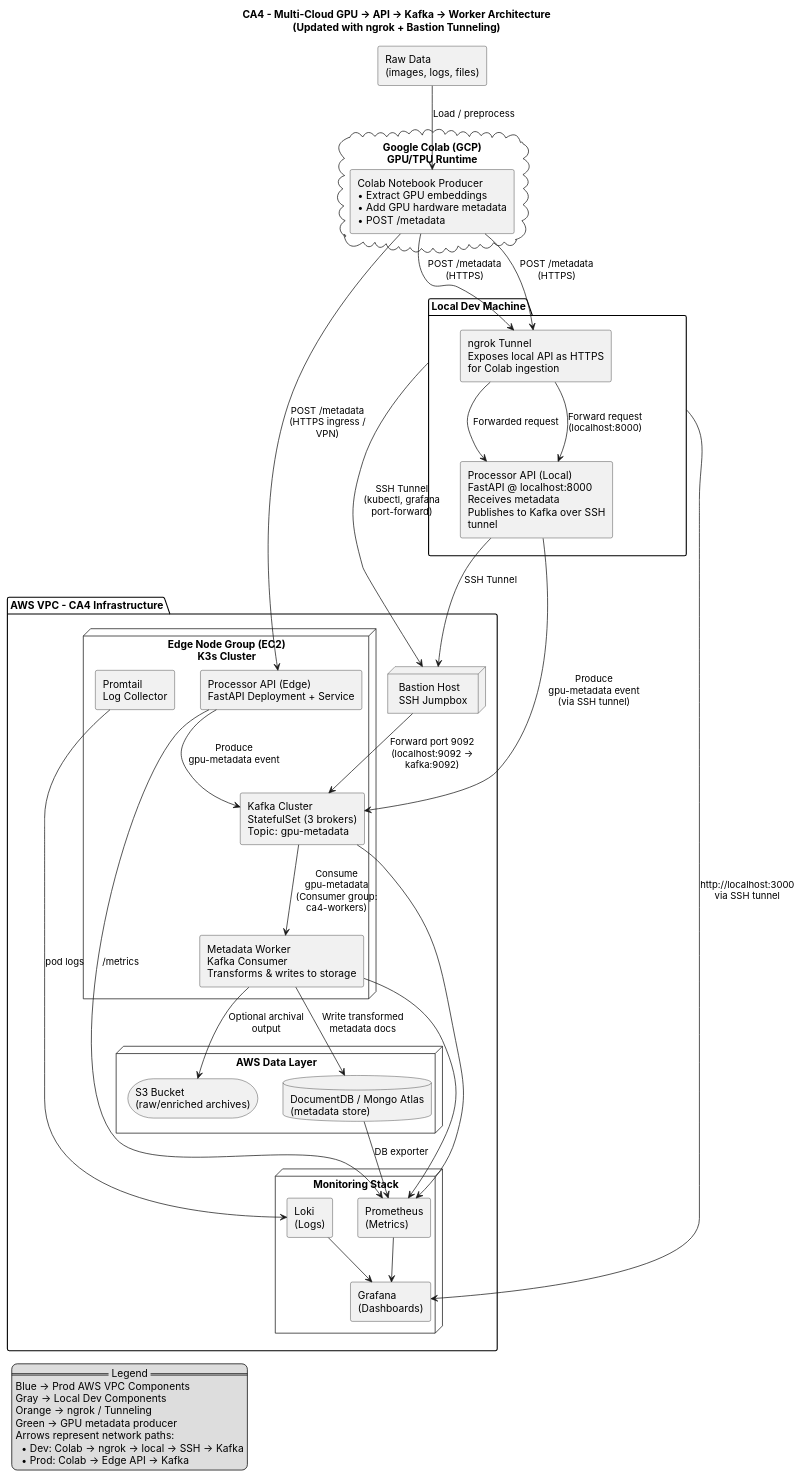
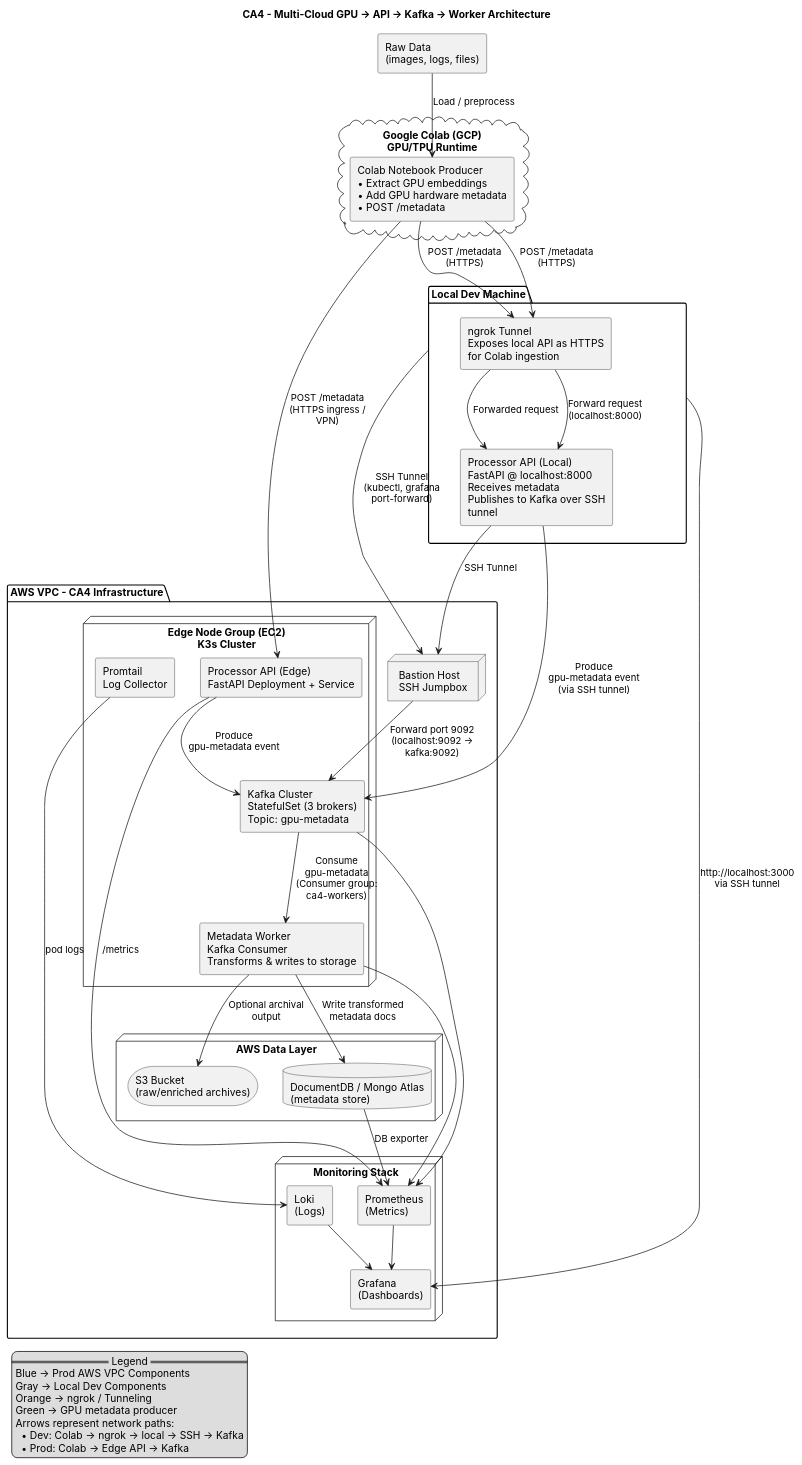
Before and after one commit to brobro10000/gpu-token-analytics-pipeline: the diagram in CA4/diagrams/architecture.puml, drawn with PlantUML. The commit also changed 45 other files, not shown here.

```diff
--- a/CA4/diagrams/architecture.puml
+++ b/CA4/diagrams/architecture.puml
@@ -1,124 +1,124 @@
 @startuml CA4_Updated_Architecture
 skinparam shadowing false
 skinparam componentStyle rectangle
 skinparam defaultFontName Inter
 skinparam wrapWidth 220
 skinparam maxMessageSize 140
 
-title CA4 – Multi-Cloud GPU → API → Kafka → Worker Architecture\n(Updated with ngrok + Bastion Tunneling)
+title CA4 – Multi-Cloud GPU → API → Kafka → Worker Architecture
 
 ' ==========================================================
 ' GOOGLE COLAB (GCP) – GPU METADATA PRODUCER
 ' ==========================================================
 cloud "Google Colab (GCP)\nGPU/TPU Runtime" as COLAB {
   component "Colab Notebook Producer\n• Extract GPU embeddings\n• Add GPU hardware metadata\n• POST /metadata" as PRODUCER
 }
 
 rectangle "Raw Data\n(images, logs, files)" as RAW
 RAW --> PRODUCER : Load / preprocess
 
 ' ==========================================================
 ' LOCAL DEVELOPMENT ENVIRONMENT
 ' ==========================================================
 package "Local Dev Machine" as DEV {
 
   component "Processor API (Local)\nFastAPI @ localhost:8000\nReceives metadata\nPublishes to Kafka over SSH tunnel" as PROC_LOCAL
 
   component "ngrok Tunnel\nExposes local API as HTTPS\nfor Colab ingestion" as NGROK
 
   PRODUCER --> NGROK : POST /metadata\n(HTTPS)
   NGROK --> PROC_LOCAL : Forward request\n(localhost:8000)
 }
 
 ' ==========================================================
 ' AWS VPC (PRODUCTION + DEV TUNNEL TARGET)
 ' ==========================================================
 package "AWS VPC – CA4 Infrastructure" as AWS {
 
   node "Bastion Host\nSSH Jumpbox" as BASTION
 
   ' ------------------------
   ' EDGE K3s CLUSTER (PROD)
   ' ------------------------
   node "Edge Node Group (EC2)\nK3s Cluster" as K3S {
 
     component "Processor API (Edge)\nFastAPI Deployment + Service" as PROC_EDGE
 
     component "Kafka Cluster\nStatefulSet (3 brokers)\nTopic: gpu-metadata" as KAFKA
 
     component "Metadata Worker\nKafka Consumer\nTransforms & writes to storage" as WORKER
 
     component "Promtail\nLog Collector" as PROMTAIL
   }
 
   ' ------------------------
   ' DATA SERVICES
   ' ------------------------
   node "AWS Data Layer" as DATALAYER {
     database "DocumentDB / Mongo Atlas\n(metadata store)" as DB
     storage "S3 Bucket\n(raw/enriched archives)" as S3
   }
 
   ' ------------------------
   ' OBSERVABILITY
   ' ------------------------
   node "Monitoring Stack" as MON {
       component "Prometheus\n(Metrics)" as PROM
       component "Loki\n(Logs)" as LOKI
       component "Grafana\n(Dashboards)" as GRAFANA
   }
 }
 
 ' ==========================================================
 ' DATA FLOW + CONNECTIVITY
 ' ==========================================================
 
 ' --- DEV FLOW: COLAB → NGROK → LOCAL API → KAFKA VIA SSH ---
 PRODUCER --> NGROK : POST /metadata (HTTPS)
 NGROK --> PROC_LOCAL : Forwarded request
 
 PROC_LOCAL --> BASTION : SSH Tunnel
 BASTION --> KAFKA : Forward port 9092\n(localhost:9092 → kafka:9092)
 
 PROC_LOCAL --> KAFKA : Produce gpu-metadata event\n(via SSH tunnel)
 
 ' --- PROD FLOW: COLAB → EDGE API DIRECTLY ---
 PRODUCER --> PROC_EDGE : POST /metadata (HTTPS ingress / VPN)
 
 ' --- COMMON PIPELINE ---
 PROC_EDGE --> KAFKA : Produce gpu-metadata event
 
 KAFKA --> WORKER : Consume gpu-metadata\n(Consumer group: ca4-workers)
 
 WORKER --> DB : Write transformed metadata docs
 WORKER --> S3 : Optional archival output
 
 ' --- OBSERVABILITY ---
 PROC_EDGE --> PROM : /metrics
 WORKER --> PROM
 KAFKA --> PROM
 DB --> PROM : DB exporter
 
 PROMTAIL --> LOKI : pod logs
 LOKI --> GRAFANA
 PROM --> GRAFANA
 
 ' --- DEV OBSERVABILITY ACCESS ---
 DEV --> BASTION : SSH Tunnel\n(kubectl, grafana port-forward)
 DEV --> GRAFANA : http://localhost:3000\nvia SSH tunnel
 
 ' ==========================================================
 ' LEGEND
 ' ==========================================================
 legend left
   == Legend ==
   Blue → Prod AWS VPC Components
   Gray → Local Dev Components
   Orange → ngrok / Tunneling
   Green → GPU metadata producer
   Arrows represent network paths:
     • Dev: Colab → ngrok → local → SSH → Kafka
     • Prod: Colab → Edge API → Kafka
 endlegend
 
 @enduml
```
